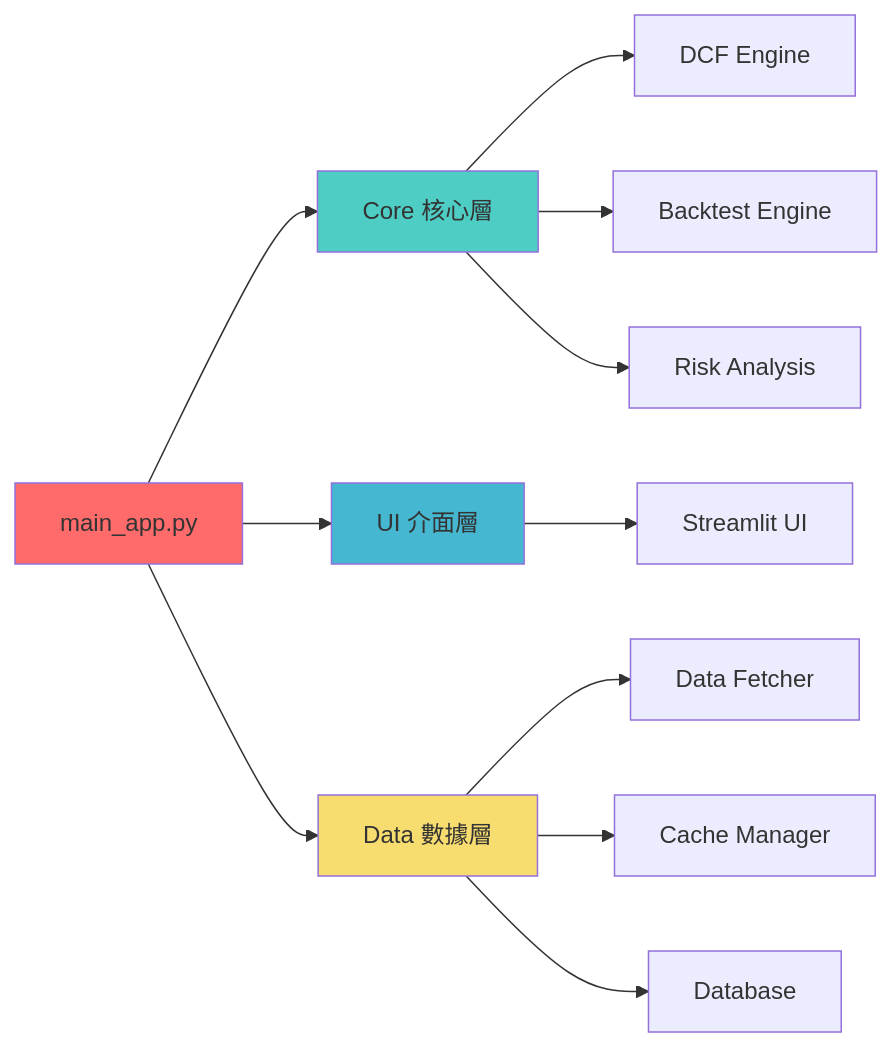
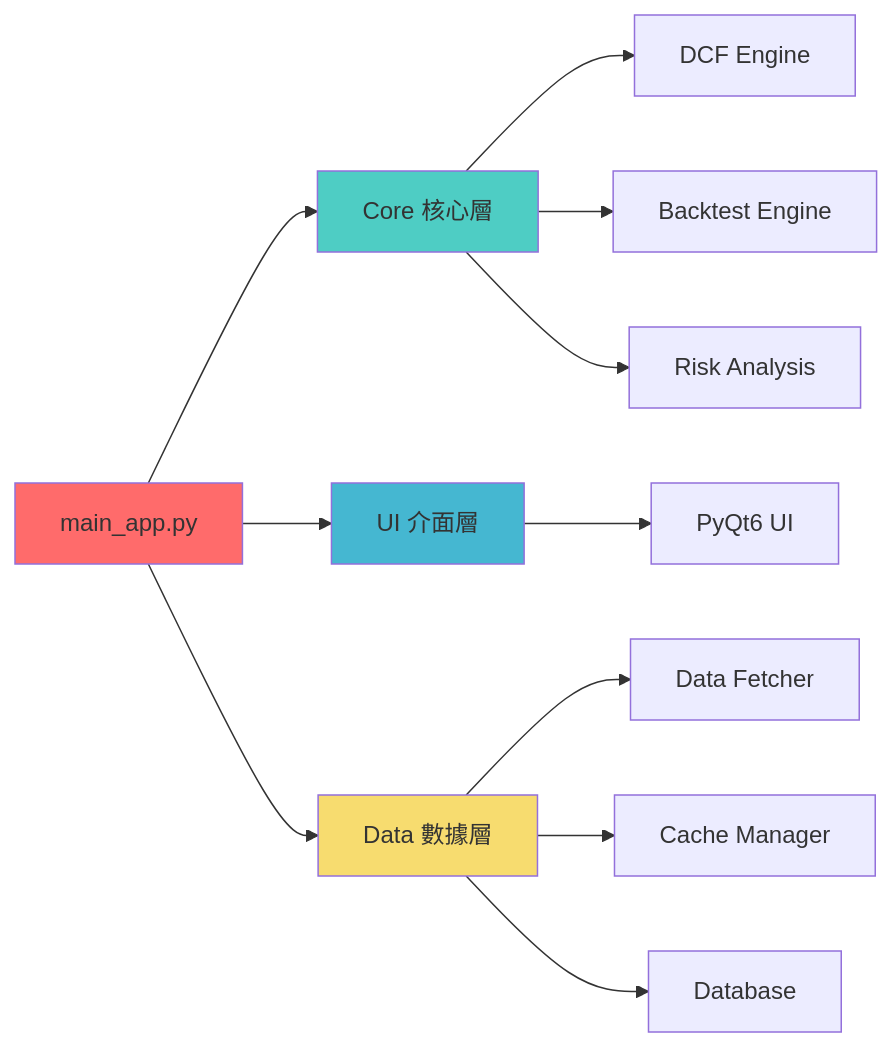
One commit to Jnocode/JoJoTrading changed the second of 2 diagrams in README.md. Above: the diagram before and after it, drawn with Mermaid. The commit also changed other lines of this file and 20197 other files, not shown here.

````diff
--- a/README.md
+++ b/README.md
@@ -97,21 +97,21 @@
 ```mermaid
 graph LR
     A[main_app.py] --> B[Core 核心層]
     A --> C[UI 介面層]
     A --> D[Data 數據層]
     
     B --> E[DCF Engine]
     B --> F[Backtest Engine]
     B --> G[Risk Analysis]
     
     D --> H[Data Fetcher]
     D --> I[Cache Manager]
     D --> J[Database]
     
-    C --> K[Streamlit UI]
+    C --> K[PyQt6 UI]
     
     style A fill:#ff6b6b
     style B fill:#4ecdc4
     style C fill:#45b7d1
     style D fill:#f7dc6f
 ```
````
